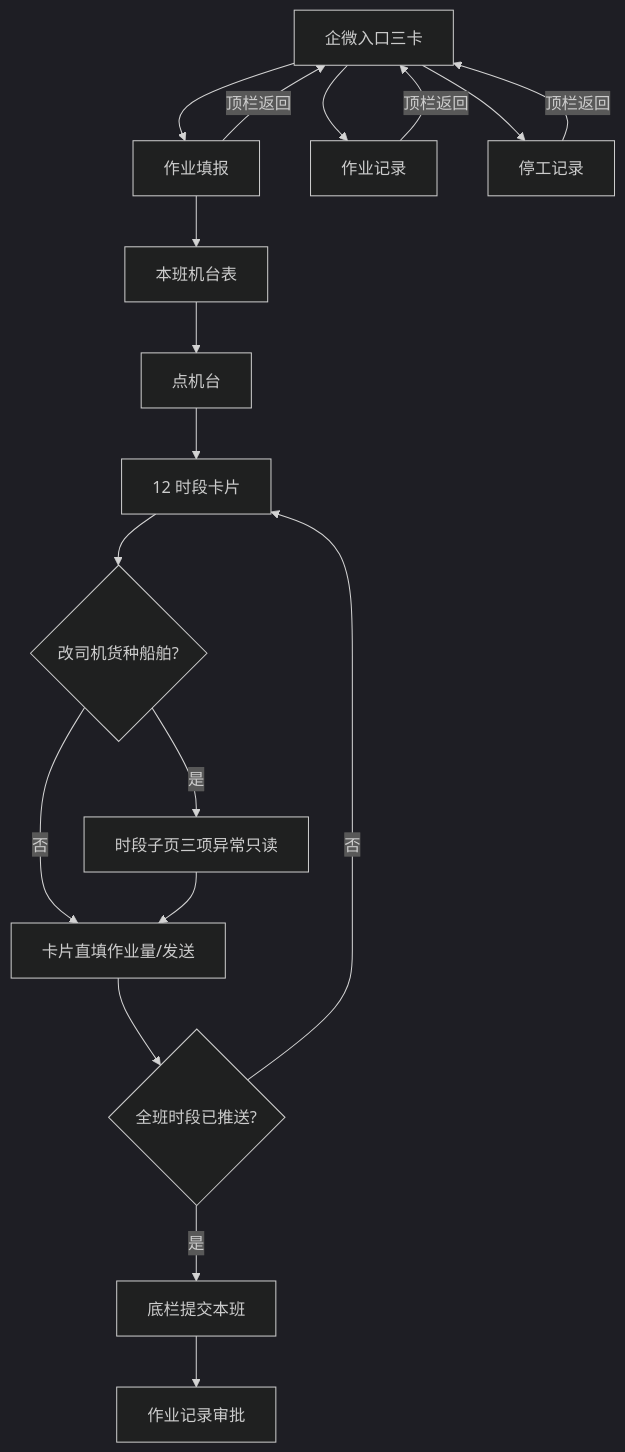
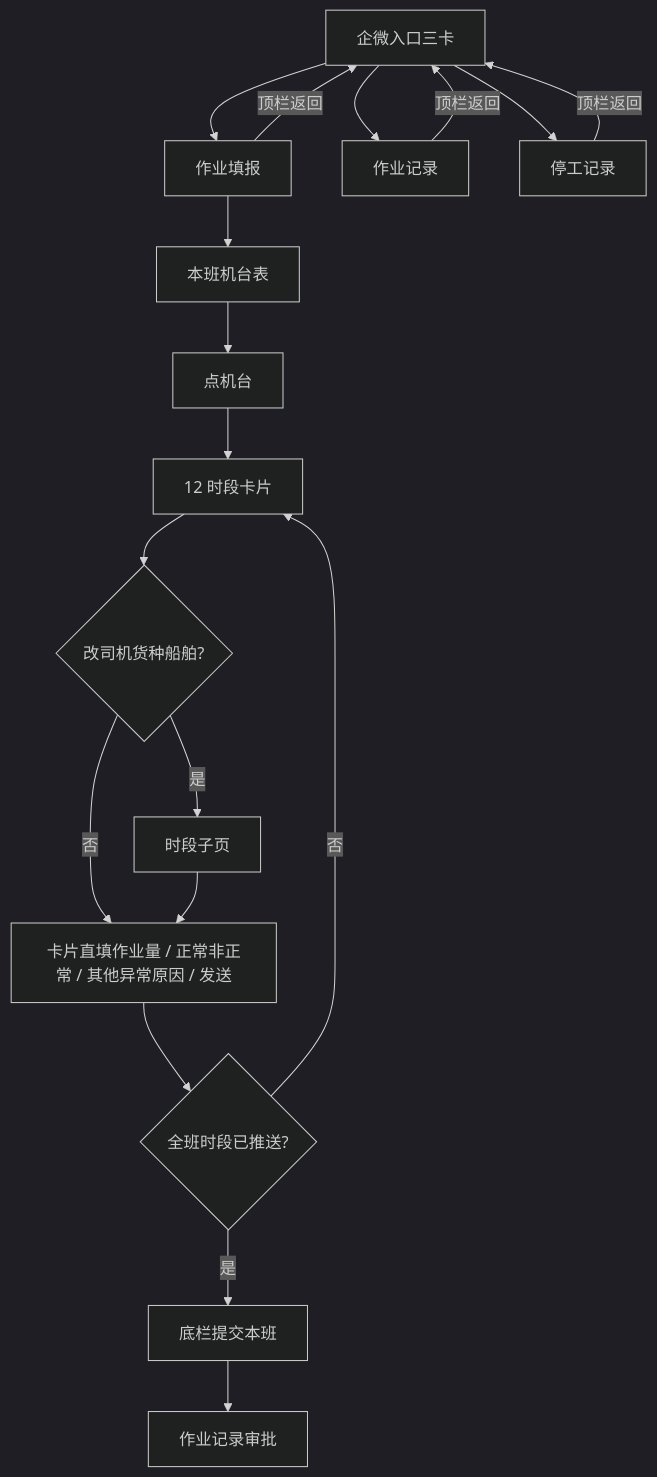
Before and after one commit to liaoliao66/TOS: the fourth of 7 diagrams in docs/versions/v1.1.0/prd.md, drawn with Mermaid (dark theme). The commit also changed other lines of this file and 11 other files, not shown here.

````diff
--- a/docs/versions/v1.1.0/prd.md
+++ b/docs/versions/v1.1.0/prd.md
@@ -384,20 +429,20 @@
 ```mermaid
 flowchart TD
   A[企微入口三卡] --> B[作业填报]
   A --> L[作业记录]
   A --> M[停工记录]
   B --> C[本班机台表]
   C --> D[点机台]
   D --> E[12 时段卡片]
   E --> F{改司机货种船舶?}
-  F -->|是| G[时段子页三项异常只读]
-  F -->|否| H[卡片直填作业量/发送]
+  F -->|是| G[时段子页]
+  F -->|否| H[卡片直填作业量 / 正常非正常 / 其他异常原因 / 发送]
   G --> H
   H --> I{全班时段已推送?}
   I -->|否| E
   I -->|是| J[底栏提交本班]
   J --> K[作业记录审批]
   B -->|顶栏返回| A
   L -->|顶栏返回| A
   M -->|顶栏返回| A
 ```
````
